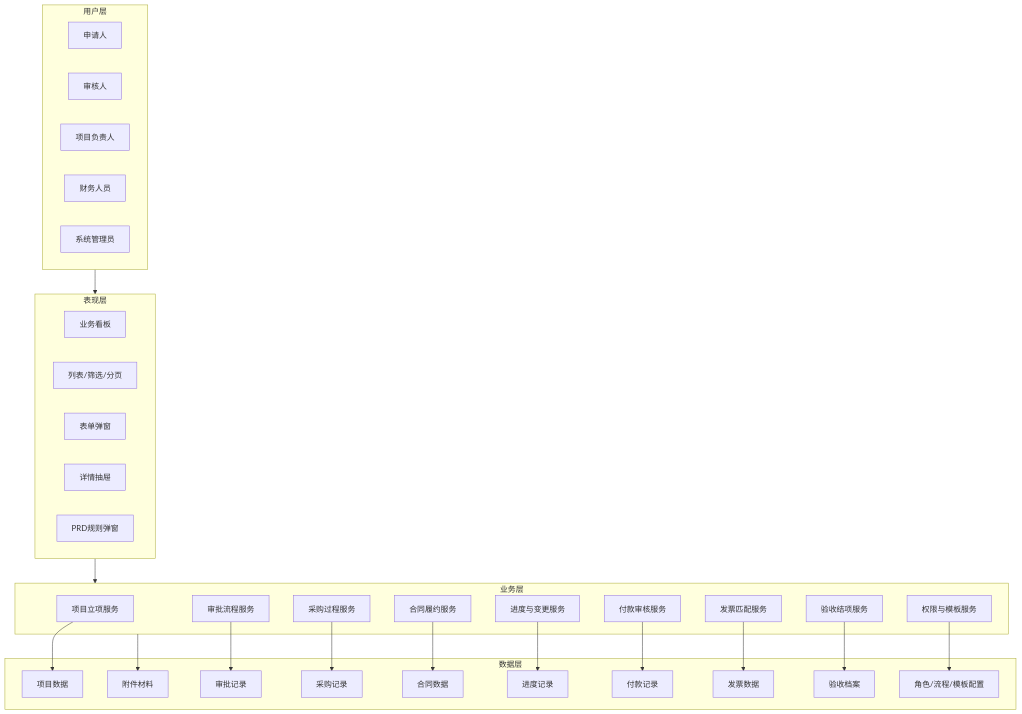
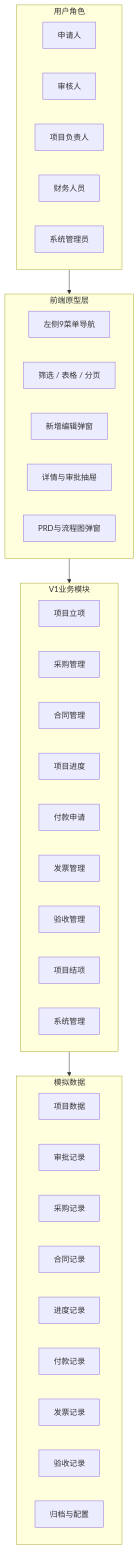
Before and after one commit to Jess-0411/github.io: the seventh of 7 diagrams in 业务流程与架构图.md, drawn with Mermaid. The commit also changed other lines of this file and 6 other files, not shown here.

````diff
--- a/业务流程与架构图.md
+++ b/业务流程与架构图.md
@@ -147,56 +100,46 @@
 ```mermaid
 flowchart TB
-  subgraph U["用户层"]
+  subgraph U["用户角色"]
     U1["申请人"]
     U2["审核人"]
     U3["项目负责人"]
     U4["财务人员"]
     U5["系统管理员"]
   end
 
-  subgraph P["表现层"]
-    P1["业务看板"]
-    P2["列表/筛选/分页"]
-    P3["表单弹窗"]
-    P4["详情抽屉"]
-    P5["PRD规则弹窗"]
+  subgraph P["前端原型层"]
+    P1["左侧9菜单导航"]
+    P2["筛选 / 表格 / 分页"]
+    P3["新增编辑弹窗"]
+    P4["详情与审批抽屉"]
+    P5["PRD与流程图弹窗"]
   end
 
-  subgraph B["业务层"]
-    B1["项目立项服务"]
-    B2["审批流程服务"]
-    B3["采购过程服务"]
-    B4["合同履约服务"]
-    B5["进度与变更服务"]
-    B6["付款审核服务"]
-    B7["发票匹配服务"]
-    B8["验收结项服务"]
-    B9["权限与模板服务"]
+  subgraph B["V1业务模块"]
+    B1["项目立项"]
+    B2["采购管理"]
+    B3["合同管理"]
+    B4["项目进度"]
+    B5["付款申请"]
+    B6["发票管理"]
+    B7["验收管理"]
+    B8["项目结项"]
+    B9["系统管理"]
   end
 
-  subgraph D["数据层"]
+  subgraph D["模拟数据"]
     D1["项目数据"]
     D2["审批记录"]
     D3["采购记录"]
-    D4["合同数据"]
+    D4["合同记录"]
     D5["进度记录"]
     D6["付款记录"]
-    D7["发票数据"]
-    D8["验收档案"]
-    D9["角色/流程/模板配置"]
-    D10["附件材料"]
+    D7["发票记录"]
+    D8["验收记录"]
+    D9["归档与配置"]
   end
 
   U --> P
   P --> B
-  B1 --> D1
-  B2 --> D2
-  B3 --> D3
-  B4 --> D4
-  B5 --> D5
-  B6 --> D6
-  B7 --> D7
-  B8 --> D8
-  B9 --> D9
-  B --> D10
+  B --> D
 ```
````
